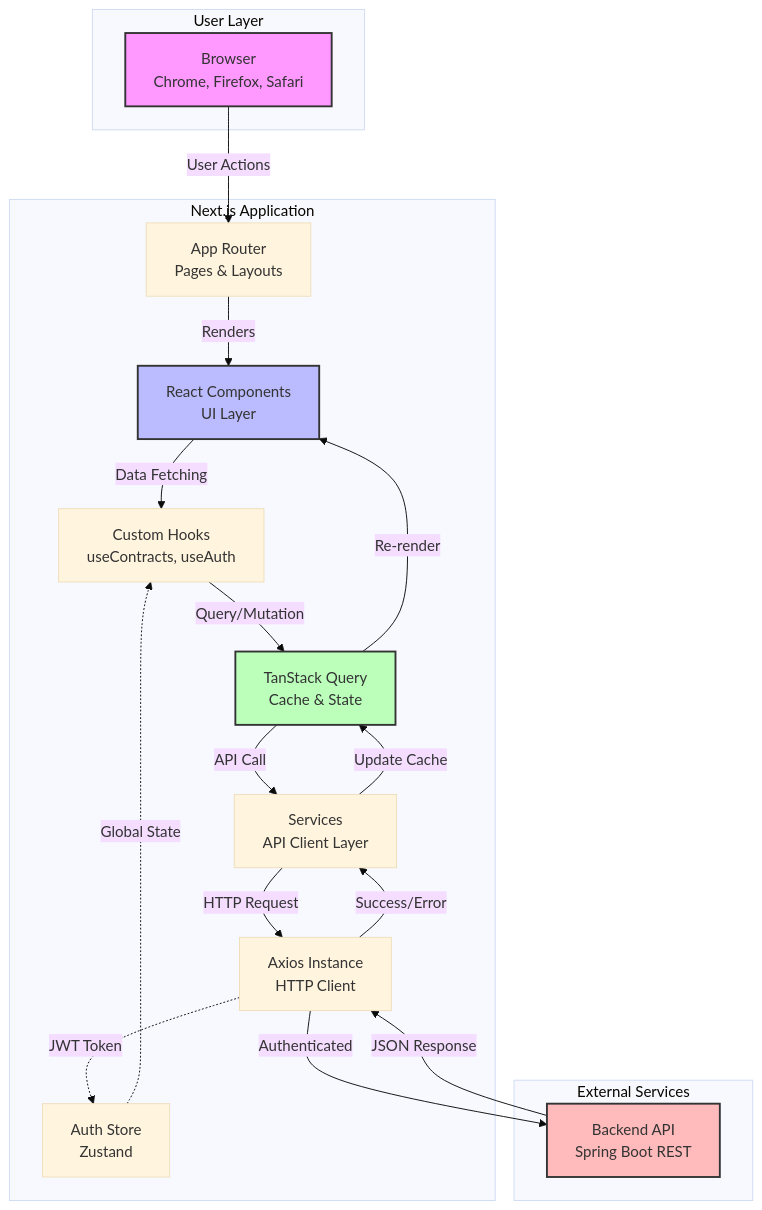
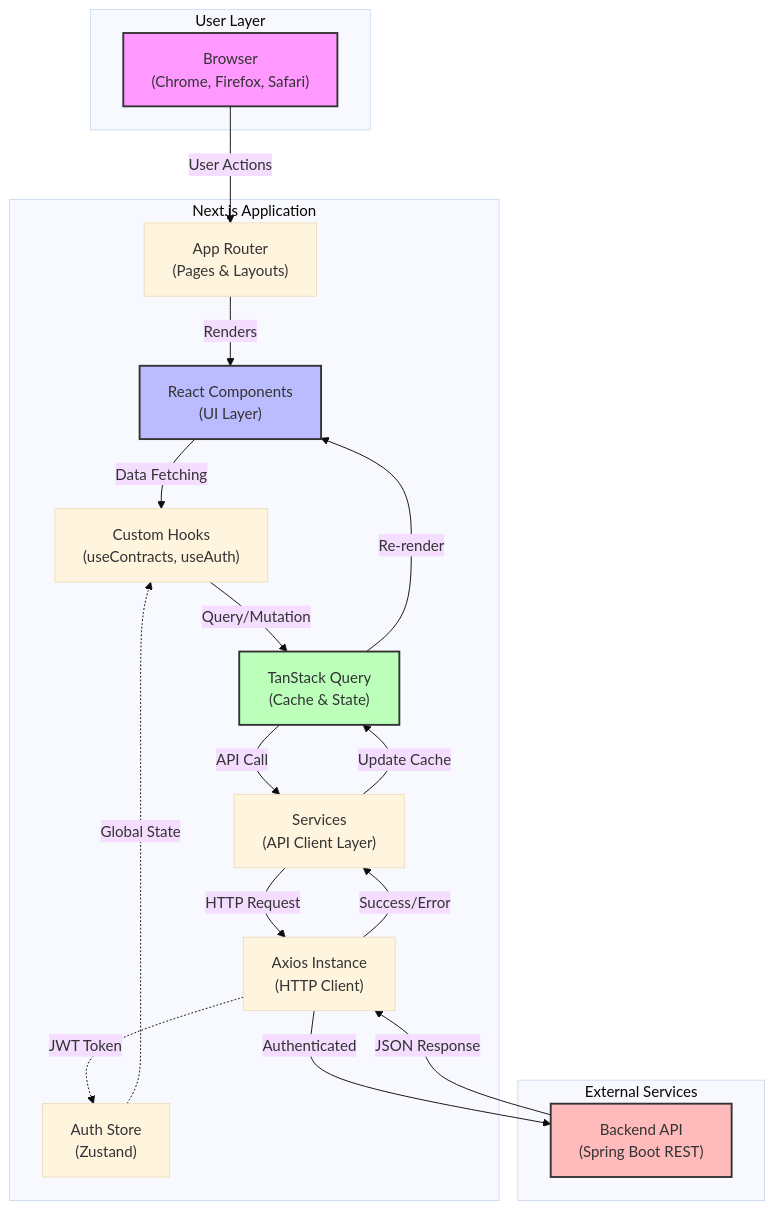
The first of 3 diagrams in README.md (DonatoCorbacioDev/bcm-v2-frontend), drawn with Mermaid (base theme) before and after one commit. The commit also changed other lines of this file, not shown here.

Commit message:
docs: edit file README

````diff
--- a/README.md
+++ b/README.md
@@ -65,39 +65,39 @@
 ```mermaid
 graph TB
-    subgraph "User Layer"
-        A[Browser<br/>Chrome, Firefox, Safari]
+    subgraph UserLayer["User Layer"]
+        A["Browser<br>(Chrome, Firefox, Safari)"]
     end
     
-    subgraph "Next.js Application"
-        B[App Router<br/>Pages & Layouts]
-        C[React Components<br/>UI Layer]
-        D[Custom Hooks<br/>useContracts, useAuth]
-        E[TanStack Query<br/>Cache & State]
-        F[Services<br/>API Client Layer]
-        G[Axios Instance<br/>HTTP Client]
-        H[Auth Store<br/>Zustand]
+    subgraph NextApp["Next.js Application"]
+        B["App Router<br>(Pages & Layouts)"]
+        C["React Components<br>(UI Layer)"]
+        D["Custom Hooks<br>(useContracts, useAuth)"]
+        E["TanStack Query<br>(Cache & State)"]
+        F["Services<br>(API Client Layer)"]
+        G["Axios Instance<br>(HTTP Client)"]
+        H["Auth Store<br>(Zustand)"]
     end
     
-    subgraph "External Services"
-        I[Backend API<br/>Spring Boot REST]
+    subgraph External["External Services"]
+        I["Backend API<br>(Spring Boot REST)"]
     end
     
     A -->|User Actions| B
     B -->|Renders| C
     C -->|Data Fetching| D
     D -->|Query/Mutation| E
     E -->|API Call| F
     F -->|HTTP Request| G
     G -->|Authenticated| I
     I -->|JSON Response| G
     G -->|Success/Error| F
     F -->|Update Cache| E
     E -->|Re-render| C
     H -.->|Global State| D
     G -.->|JWT Token| H
     
     style A fill:#f9f,stroke:#333,stroke-width:2px
     style C fill:#bbf,stroke:#333,stroke-width:2px
     style E fill:#bfb,stroke:#333,stroke-width:2px
     style I fill:#fbb,stroke:#333,stroke-width:2px
 ```
````
